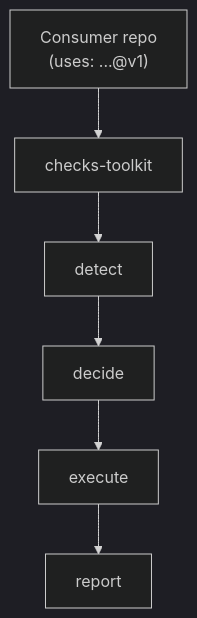
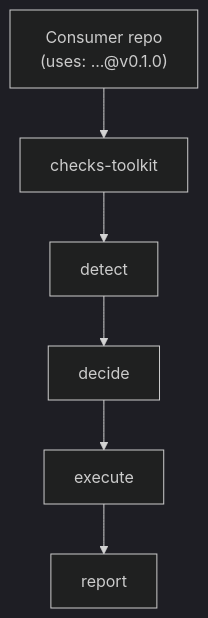
The first of 2 diagrams in docs/architecture.md (ops-lane/checks-toolkit), drawn with Mermaid (dark theme) before and after one commit. The commit also changed other lines of this file and 40 other files, not shown here.

````diff
--- a/docs/architecture.md
+++ b/docs/architecture.md
@@ -13,8 +13,8 @@
 ```mermaid
 flowchart TD
-    A["Consumer repo<br/>(uses: ...@v1)"] --> B[checks-toolkit]
+    A["Consumer repo<br/>(uses: ...@v0.1.0)"] --> B[checks-toolkit]
     B --> C[detect]
     C --> D[decide]
     D --> E[execute]
     E --> F[report]
 ```
````
